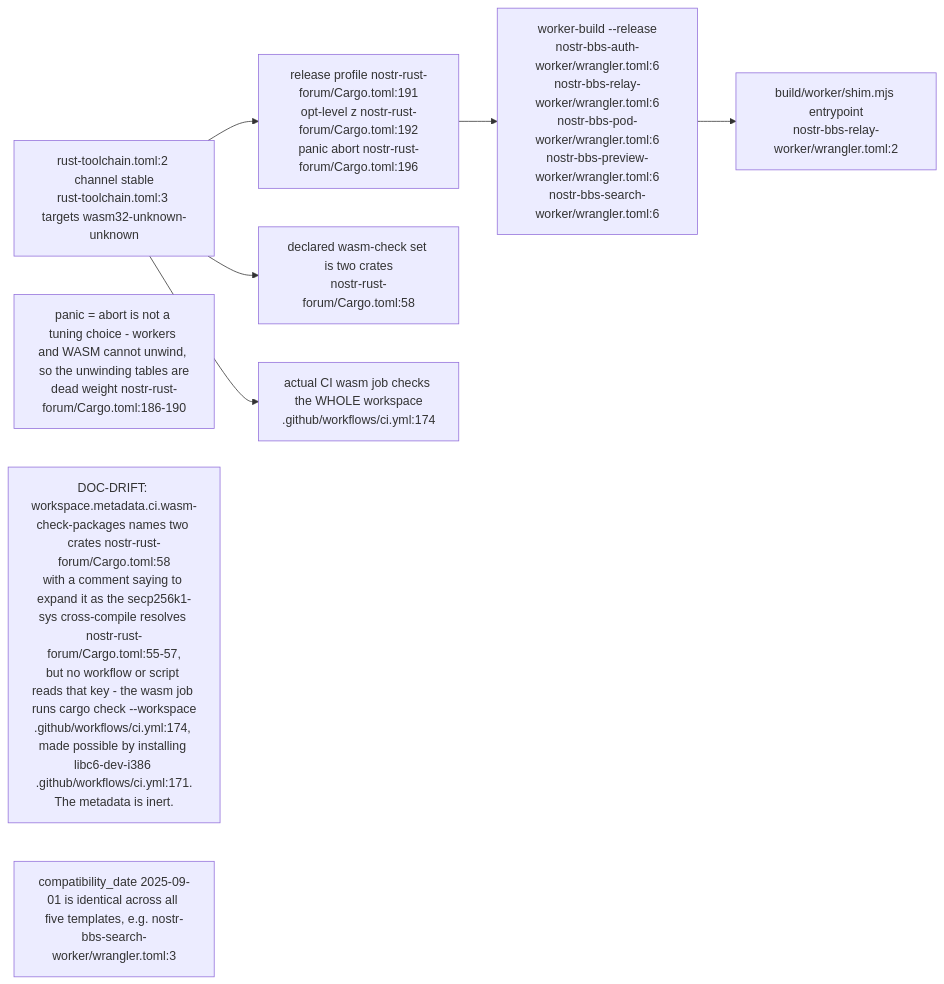
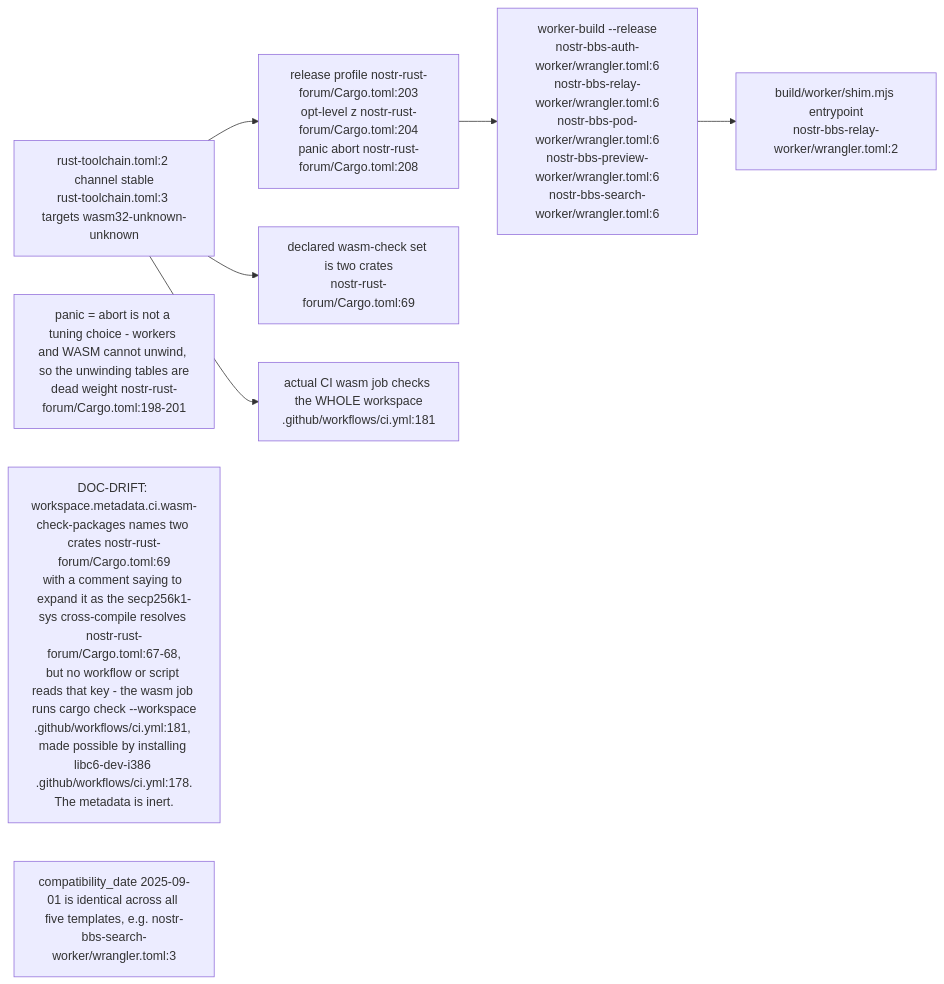
One commit to DreamLab-AI/VisionFlow changed the second of 6 diagrams in docs/diagrams/nostr-rust-forum/01-workspace-and-worker-topology.md. Above: the diagram before and after it, drawn with Mermaid. The commit also changed other lines of this file and 111 other files, not shown here.

Commit message:
docs(diagrams): align estate maps with current source

````diff
--- a/docs/diagrams/nostr-rust-forum/01-workspace-and-worker-topology.md
+++ b/docs/diagrams/nostr-rust-forum/01-workspace-and-worker-topology.md
@@ -86,17 +92,17 @@
 ```mermaid
 flowchart LR
     TC["rust-toolchain.toml:2 channel stable<br/>rust-toolchain.toml:3 targets wasm32-unknown-unknown"]
-    PROF["release profile nostr-rust-forum/Cargo.toml:191<br/>opt-level z nostr-rust-forum/Cargo.toml:192<br/>panic abort nostr-rust-forum/Cargo.toml:196"]
+    PROF["release profile nostr-rust-forum/Cargo.toml:203<br/>opt-level z nostr-rust-forum/Cargo.toml:204<br/>panic abort nostr-rust-forum/Cargo.toml:208"]
     WB["worker-build --release<br/>nostr-bbs-auth-worker/wrangler.toml:6<br/>nostr-bbs-relay-worker/wrangler.toml:6<br/>nostr-bbs-pod-worker/wrangler.toml:6<br/>nostr-bbs-preview-worker/wrangler.toml:6<br/>nostr-bbs-search-worker/wrangler.toml:6"]
     SHIM["build/worker/shim.mjs entrypoint<br/>nostr-bbs-relay-worker/wrangler.toml:2"]
-    CIW["declared wasm-check set is two crates<br/>nostr-rust-forum/Cargo.toml:58"]
-    CIJOB["actual CI wasm job checks the WHOLE workspace<br/>.github/workflows/ci.yml:174"]
+    CIW["declared wasm-check set is two crates<br/>nostr-rust-forum/Cargo.toml:69"]
+    CIJOB["actual CI wasm job checks the WHOLE workspace<br/>.github/workflows/ci.yml:181"]
 
     TC --> PROF --> WB --> SHIM
     TC --> CIW
     TC --> CIJOB
 
-    N1["panic = abort is not a tuning choice - workers and WASM cannot unwind, so the unwinding tables are<br/>dead weight nostr-rust-forum/Cargo.toml:186-190"]
-    N2["DOC-DRIFT: workspace.metadata.ci.wasm-check-packages names two crates nostr-rust-forum/Cargo.toml:58<br/>with a comment saying to expand it as the secp256k1-sys cross-compile resolves nostr-rust-forum/Cargo.toml:55-57,<br/>but no workflow or script reads that key - the wasm job runs cargo check --workspace<br/>.github/workflows/ci.yml:174, made possible by installing libc6-dev-i386 .github/workflows/ci.yml:171.<br/>The metadata is inert."]
+    N1["panic = abort is not a tuning choice - workers and WASM cannot unwind, so the unwinding tables are<br/>dead weight nostr-rust-forum/Cargo.toml:198-201"]
+    N2["DOC-DRIFT: workspace.metadata.ci.wasm-check-packages names two crates nostr-rust-forum/Cargo.toml:69<br/>with a comment saying to expand it as the secp256k1-sys cross-compile resolves nostr-rust-forum/Cargo.toml:67-68,<br/>but no workflow or script reads that key - the wasm job runs cargo check --workspace<br/>.github/workflows/ci.yml:181, made possible by installing libc6-dev-i386 .github/workflows/ci.yml:178.<br/>The metadata is inert."]
     N3["compatibility_date 2025-09-01 is identical across all five templates, e.g. nostr-bbs-search-worker/wrangler.toml:3"]
 ```
````
